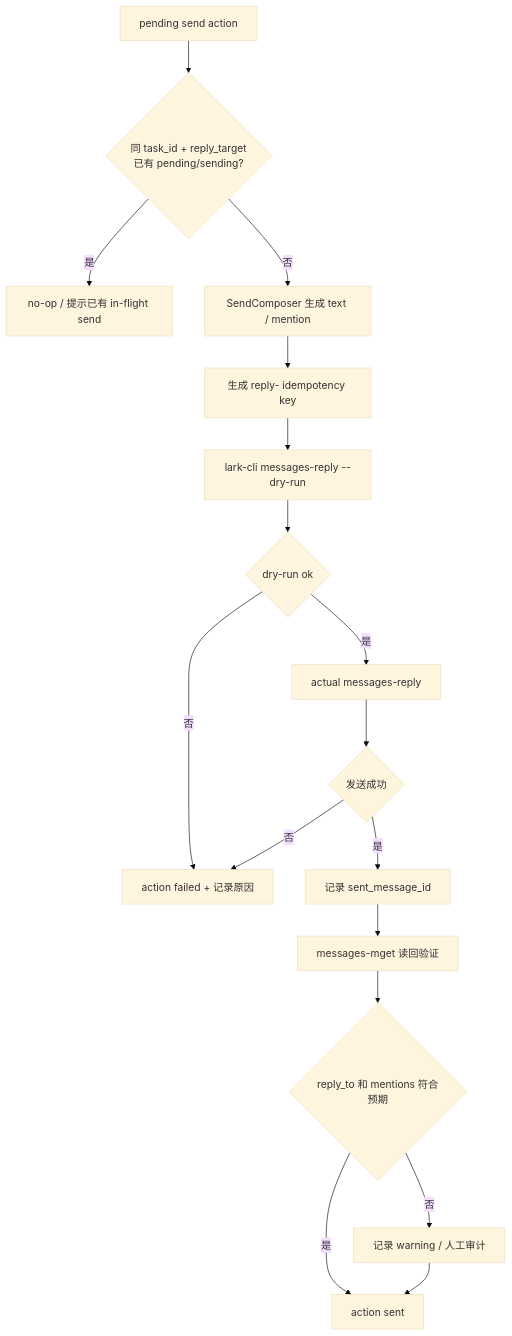
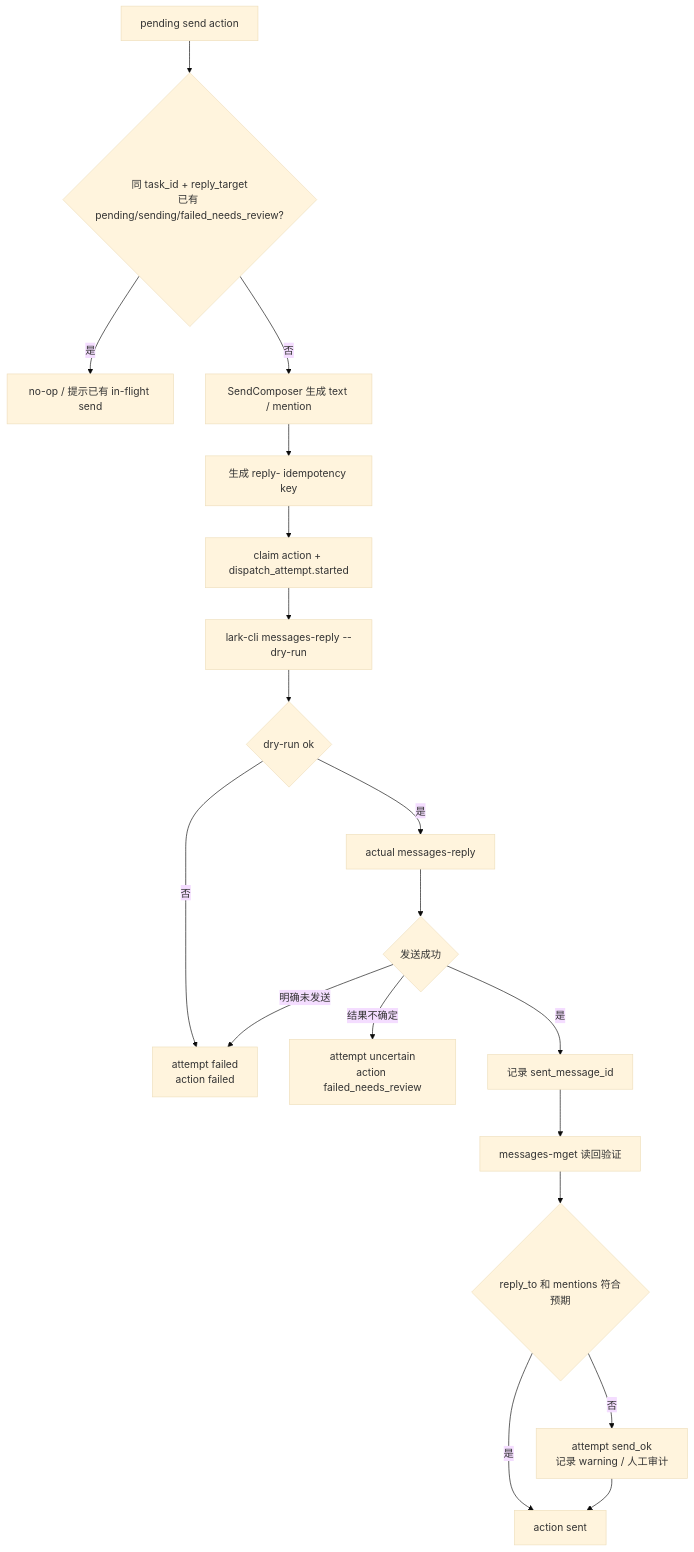
The seventh of 7 diagrams in docs/specs/feishu-shadow-agent-flows.md (wufei-png/feishu-shadow-agent), drawn with Mermaid (base theme) before and after one commit. The commit also changed other lines of this file and 10 other files, not shown here.

````diff
--- a/docs/specs/feishu-shadow-agent-flows.md
+++ b/docs/specs/feishu-shadow-agent-flows.md
@@ -218,19 +218,21 @@
 ```mermaid
 flowchart TD
-  PendingSend["pending send action"] --> InFlight{"同 task_id + reply_target<br/>已有 pending/sending?"}
+  PendingSend["pending send action"] --> InFlight{"同 task_id + reply_target<br/>已有 pending/sending/failed_needs_review?"}
   InFlight -->|是| Noop["no-op / 提示已有 in-flight send"]
   InFlight -->|否| BuildText["SendComposer 生成 text / mention"]
   BuildText --> Idempotency["生成 reply-<short_hash> idempotency key"]
-  Idempotency --> DryRun["lark-cli messages-reply --dry-run"]
+  Idempotency --> Claim["claim action + dispatch_attempt.started"]
+  Claim --> DryRun["lark-cli messages-reply --dry-run"]
   DryRun --> DryRunOK{"dry-run ok"}
-  DryRunOK -->|否| Failed["action failed + 记录原因"]
+  DryRunOK -->|否| Failed["attempt failed<br/>action failed"]
   DryRunOK -->|是| ActualSend["actual messages-reply"]
   ActualSend --> SendOK{"发送成功"}
-  SendOK -->|否| Failed
+  SendOK -->|明确未发送| Failed
+  SendOK -->|结果不确定| NeedsReview["attempt uncertain<br/>action failed_needs_review"]
   SendOK -->|是| RecordSent["记录 sent_message_id"]
   RecordSent --> ReadBack["messages-mget 读回验证"]
   ReadBack --> Verify{"reply_to 和 mentions 符合预期"}
-  Verify -->|否| VerifyWarn["记录 warning / 人工审计"]
+  Verify -->|否| VerifyWarn["attempt send_ok<br/>记录 warning / 人工审计"]
   Verify -->|是| Done["action sent"]
   VerifyWarn --> Done
 ```
````
